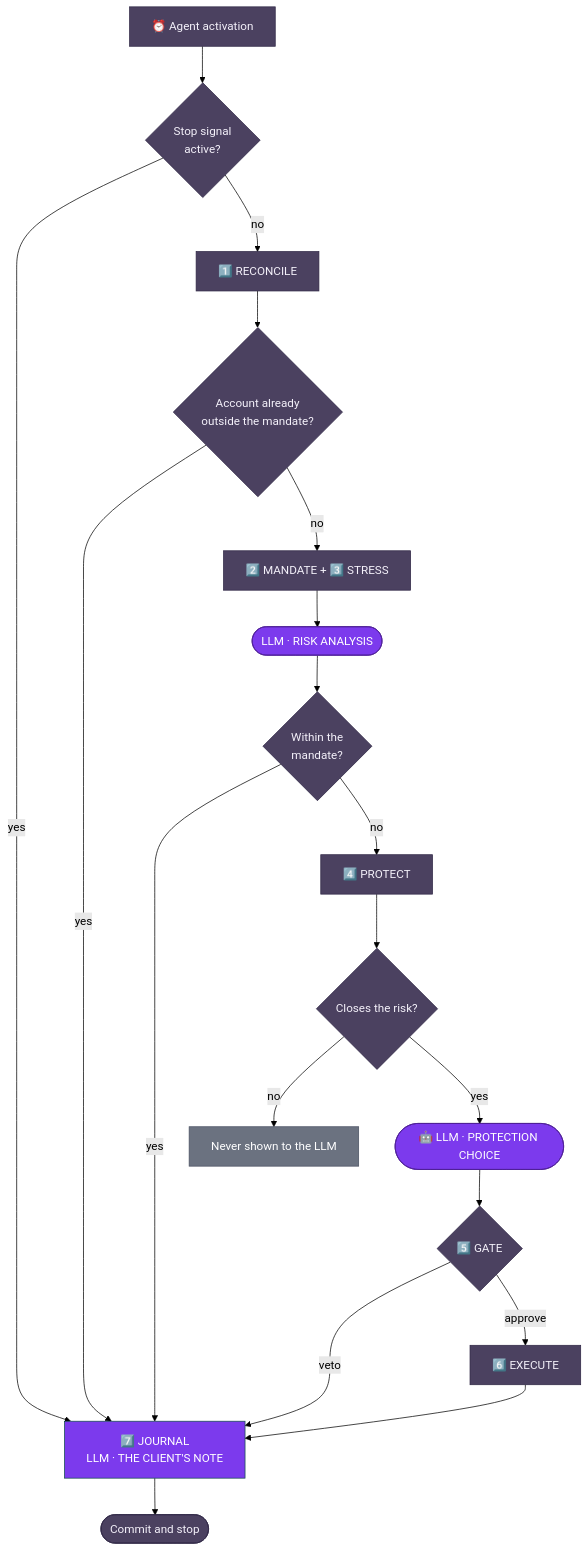
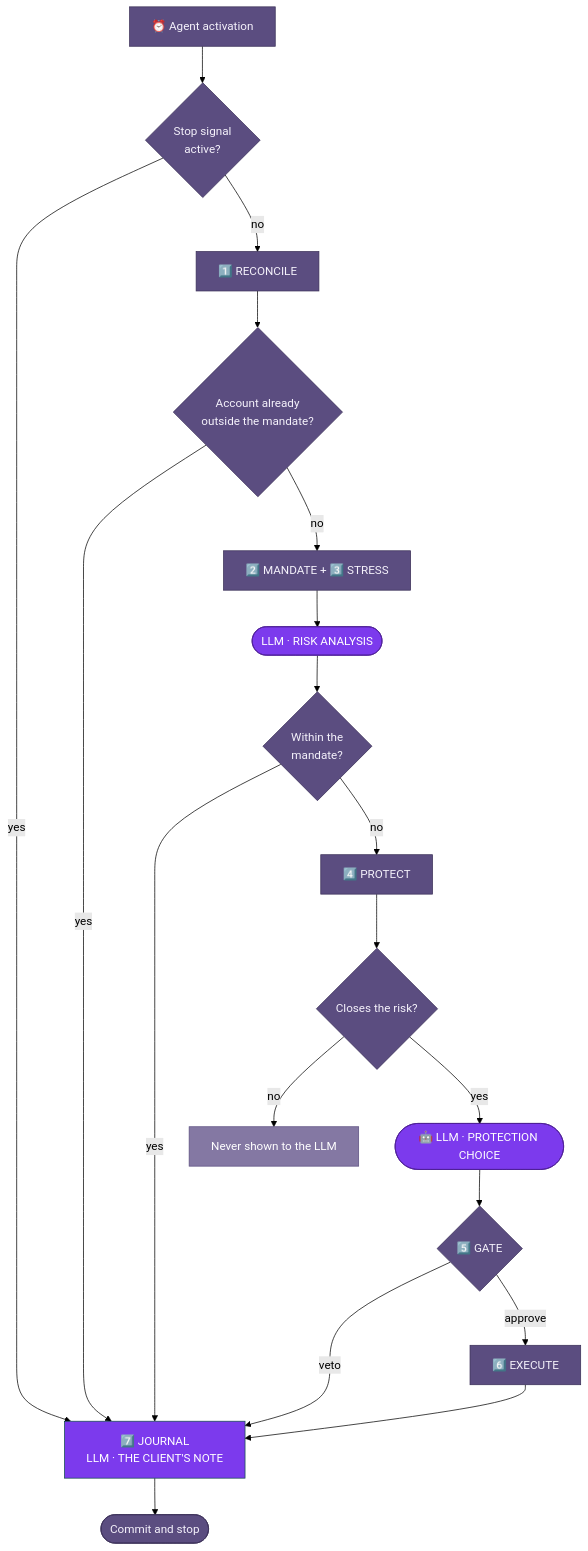
The second of 2 diagrams in README.md (ol1ak5/Drawdown-Guard), drawn with Mermaid (forest theme) before and after one commit. The commit also changed other lines of this file, not shown here.

First line of the commit message:
One soft violet family across both diagrams, and cards instead of a fan

````diff
--- a/README.md
+++ b/README.md
@@ -111,47 +118,47 @@
 ```mermaid
 flowchart TD
     CRON["⏰ Agent activation"] --> HALT{Stop signal<br/>active?}
     HALT -- yes --> JOURNAL
     HALT -- no --> RECONCILE
 
     RECONCILE["1️⃣ RECONCILE"] --> KILL{Account already<br/>outside the mandate?}
     KILL -- yes --> JOURNAL
     KILL -- no --> MANDATE
 
     MANDATE["2️⃣ MANDATE + 3️⃣ STRESS"] --> LLM1
     LLM1(["LLM · RISK ANALYSIS"]) --> GAP{Within the<br/>mandate?}
 
     GAP -- yes --> JOURNAL
     GAP -- no --> PROTECT
 
     PROTECT["4️⃣ PROTECT"] --> ELIGIBLE{Closes the risk?}
     ELIGIBLE -- no --> DROP[Never shown to the LLM]
     ELIGIBLE -- yes --> LLM2
 
     LLM2(["🤖 LLM · PROTECTION CHOICE"]) --> GATE
 
     GATE{"5️⃣ GATE"}
     GATE -- veto --> JOURNAL
     GATE -- approve --> EXECUTE
 
     EXECUTE["6️⃣ EXECUTE"] --> JOURNAL
 
     JOURNAL["7️⃣ JOURNAL<br/>LLM · THE CLIENT'S NOTE"] --> END([Commit and stop])
 
-    style CRON fill:#4b4160,stroke:#2f2745,color:#f4f1fa
-    style HALT fill:#4b4160,stroke:#2f2745,color:#f4f1fa
-    style RECONCILE fill:#4b4160,stroke:#2f2745,color:#f4f1fa
-    style KILL fill:#4b4160,stroke:#2f2745,color:#f4f1fa
-    style MANDATE fill:#4b4160,stroke:#2f2745,color:#f4f1fa
-    style GAP fill:#4b4160,stroke:#2f2745,color:#f4f1fa
-    style PROTECT fill:#4b4160,stroke:#2f2745,color:#f4f1fa
-    style ELIGIBLE fill:#4b4160,stroke:#2f2745,color:#f4f1fa
-    style GATE fill:#4b4160,stroke:#2f2745,color:#f4f1fa
-    style EXECUTE fill:#4b4160,stroke:#2f2745,color:#f4f1fa
-    style END fill:#4b4160,stroke:#2f2745,color:#f4f1fa
+    style CRON fill:#5b4d80,stroke:#3a2f57,color:#f5f2fb
+    style HALT fill:#5b4d80,stroke:#3a2f57,color:#f5f2fb
+    style RECONCILE fill:#5b4d80,stroke:#3a2f57,color:#f5f2fb
+    style KILL fill:#5b4d80,stroke:#3a2f57,color:#f5f2fb
+    style MANDATE fill:#5b4d80,stroke:#3a2f57,color:#f5f2fb
+    style GAP fill:#5b4d80,stroke:#3a2f57,color:#f5f2fb
+    style PROTECT fill:#5b4d80,stroke:#3a2f57,color:#f5f2fb
+    style ELIGIBLE fill:#5b4d80,stroke:#3a2f57,color:#f5f2fb
+    style GATE fill:#5b4d80,stroke:#3a2f57,color:#f5f2fb
+    style EXECUTE fill:#5b4d80,stroke:#3a2f57,color:#f5f2fb
+    style END fill:#5b4d80,stroke:#3a2f57,color:#f5f2fb
 
     style LLM1 fill:#7c3aed,stroke:#4c1d95,color:#fff
     style LLM2 fill:#7c3aed,stroke:#4c1d95,color:#fff
     style JOURNAL fill:#7c3aed,stroke:#134e4a,color:#fff
-    style DROP fill:#6b7280,stroke:#4b5262,color:#fff
+    style DROP fill:#8478a3,stroke:#5c5080,color:#ffffff
 ```
````
